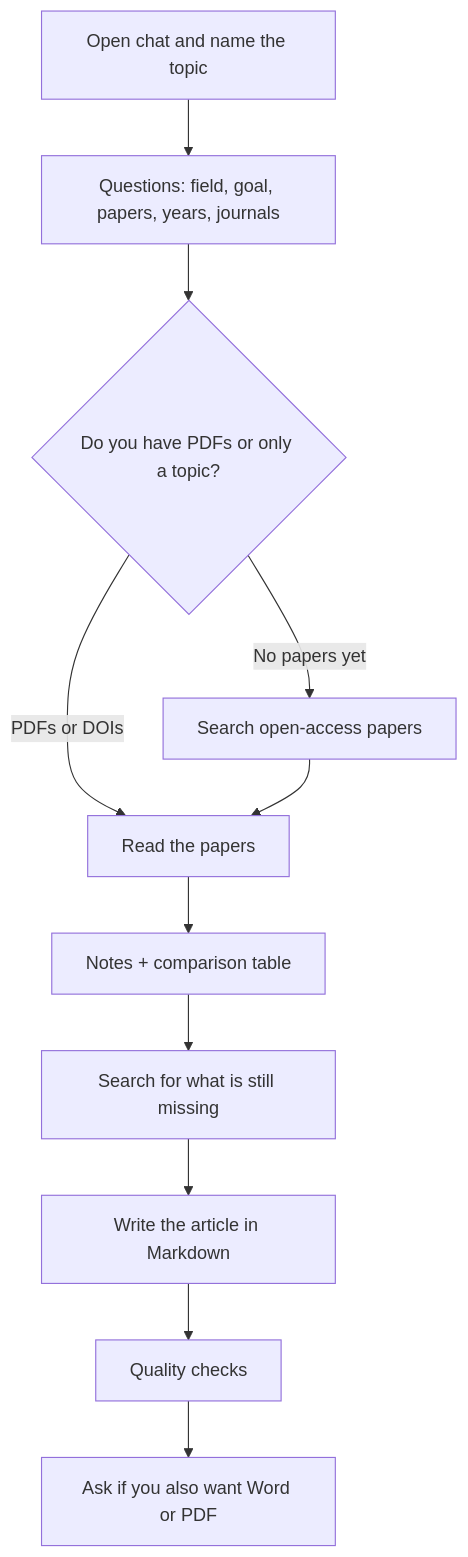
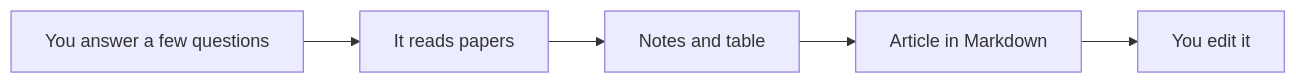
Before and after one commit to hvianagil-alt/literature-ai-workflow: the diagram in README.md, drawn with Mermaid. The commit also changed other lines of this file and 1 other file, not shown here.

First line of the commit message:
Simplify README for researchers who only need how and whether it works

````diff
--- a/README.md
+++ b/README.md
@@ -59,13 +53,7 @@
 ```mermaid
-flowchart TD
-  A[Open chat and name the topic] --> B[Questions: field, goal, papers, years, journals]
-  B --> C{Do you have PDFs or only a topic?}
-  C -->|PDFs or DOIs| D[Read the papers]
-  C -->|No papers yet| E[Search open-access papers]
-  E --> D
-  D --> F[Notes + comparison table]
-  F --> G[Search for what is still missing]
-  G --> H[Write the article in Markdown]
-  H --> I[Quality checks]
-  I --> J[Ask if you also want Word or PDF]
+flowchart LR
+  A[You answer a few questions] --> B[It reads papers]
+  B --> C[Notes and table]
+  C --> D[Article in Markdown]
+  D --> E[You edit it]
 ```
````
